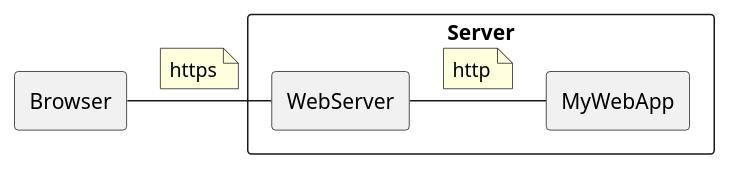
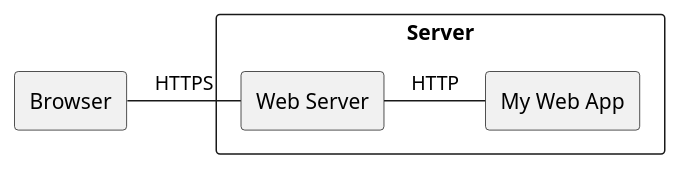
One commit to HiroshiKuboBeng/qiita-content changed the diagram in public/20231129-webCache.md. Above: the diagram before and after it, drawn with PlantUML. The commit also changed other lines of this file, not shown here.

````diff
--- a/public/20231129-webCache.md
+++ b/public/20231129-webCache.md
@@ -29,15 +29,9 @@
 ```plantuml
 rectangle Browser
 rectangle Server {
-  rectangle WebServer
-  rectangle MyWebApp
+  rectangle "Web Server"
+  rectangle "My Web App"
 }
-Browser - WebServer
-note right on link
-  https
-end note
-WebServer - MyWebApp
-note right on link
-  http
-end note
+Browser - "Web Server"      : HTTPS
+"Web Server" - "My Web App" : HTTP
 ```
````
